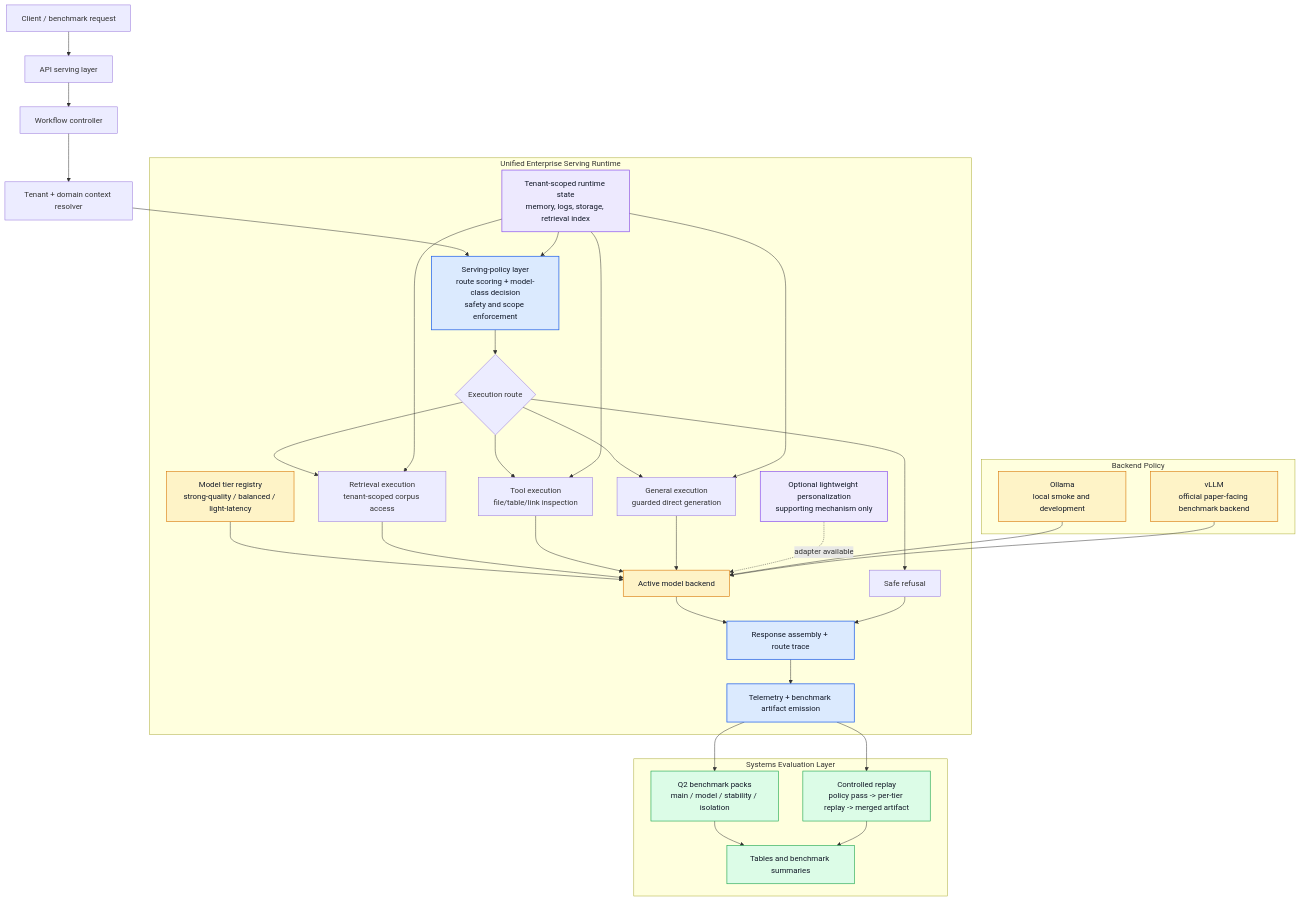
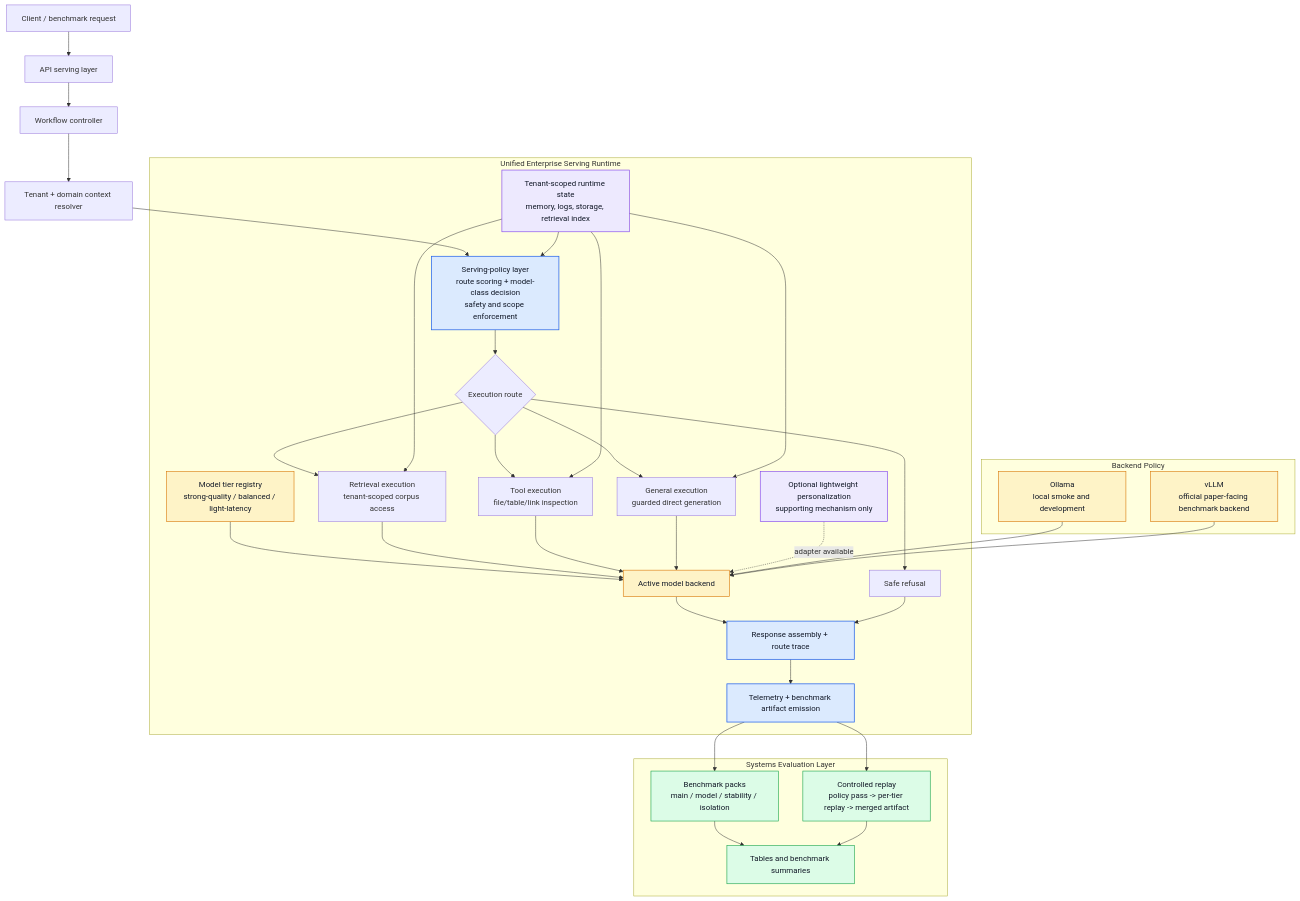
The second of 5 diagrams in source code/NCKH_adaptive_inference/docs/02_active_guides/FRAMEWORK_DIAGRAMS.md (Linhlss/adaptive-enterprise-llm-orchestration), drawn with Mermaid before and after one commit. The commit also changed other lines of this file and 57 other files, not shown here.

````diff
--- a/source code/NCKH_adaptive_inference/docs/02_active_guides/FRAMEWORK_DIAGRAMS.md
+++ b/source code/NCKH_adaptive_inference/docs/02_active_guides/FRAMEWORK_DIAGRAMS.md
@@ -58,56 +58,56 @@
 ```mermaid
 flowchart TB
     U["Client / benchmark request"] --> API["API serving layer"]
     API --> CTRL["Workflow controller"]
     CTRL --> TENANT["Tenant + domain context resolver"]
     TENANT --> POLICY["Serving-policy layer<br/>route scoring + model-class decision<br/>safety and scope enforcement"]
 
     subgraph RUNTIME["Unified Enterprise Serving Runtime"]
         POLICY --> EXEC{"Execution route"}
         EXEC --> RET["Retrieval execution<br/>tenant-scoped corpus access"]
         EXEC --> TOOL["Tool execution<br/>file/table/link inspection"]
         EXEC --> GEN["General execution<br/>guarded direct generation"]
         EXEC --> REF["Safe refusal"]
 
         MODEL["Model tier registry<br/>strong-quality / balanced / light-latency"] --> BACKEND["Active model backend"]
         RET --> BACKEND
         TOOL --> BACKEND
         GEN --> BACKEND
 
         STATE["Tenant-scoped runtime state<br/>memory, logs, storage, retrieval index"] --> POLICY
         STATE --> RET
         STATE --> TOOL
         STATE --> GEN
 
         PERS["Optional lightweight personalization<br/>supporting mechanism only"] -. adapter available .-> BACKEND
 
         BACKEND --> TRACE["Response assembly + route trace"]
         REF --> TRACE
         TRACE --> OBS["Telemetry + benchmark artifact emission"]
     end
 
     subgraph EVAL["Systems Evaluation Layer"]
-        OBS --> PACK["Q2 benchmark packs<br/>main / model / stability / isolation"]
+        OBS --> PACK["Benchmark packs<br/>main / model / stability / isolation"]
         OBS --> REPLAY["Controlled replay<br/>policy pass -> per-tier replay -> merged artifact"]
         PACK --> TABLES["Tables and benchmark summaries"]
         REPLAY --> TABLES
     end
 
     subgraph BACKENDS["Backend Policy"]
         DEV["Ollama<br/>local smoke and development"]
         VLLM["vLLM<br/>official paper-facing benchmark backend"]
     end
 
     DEV --> BACKEND
     VLLM --> BACKEND
 
     classDef primary fill:#dbeafe,stroke:#2563eb,stroke-width:1.5px,color:#111827;
     classDef support fill:#ede9fe,stroke:#7c3aed,stroke-width:1.2px,color:#111827;
     classDef eval fill:#dcfce7,stroke:#16a34a,stroke-width:1.2px,color:#111827;
     classDef backend fill:#fef3c7,stroke:#d97706,stroke-width:1.2px,color:#111827;
 
     class POLICY,TRACE,OBS primary;
     class STATE,PERS support;
     class PACK,REPLAY,TABLES eval;
     class MODEL,BACKEND,DEV,VLLM backend;
 ```
````
